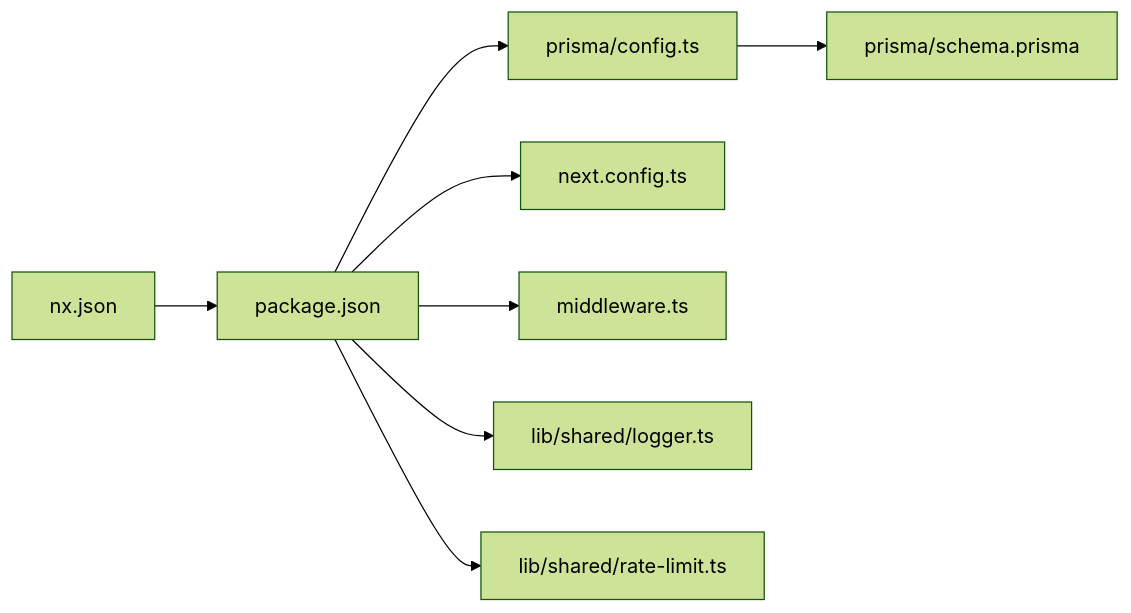
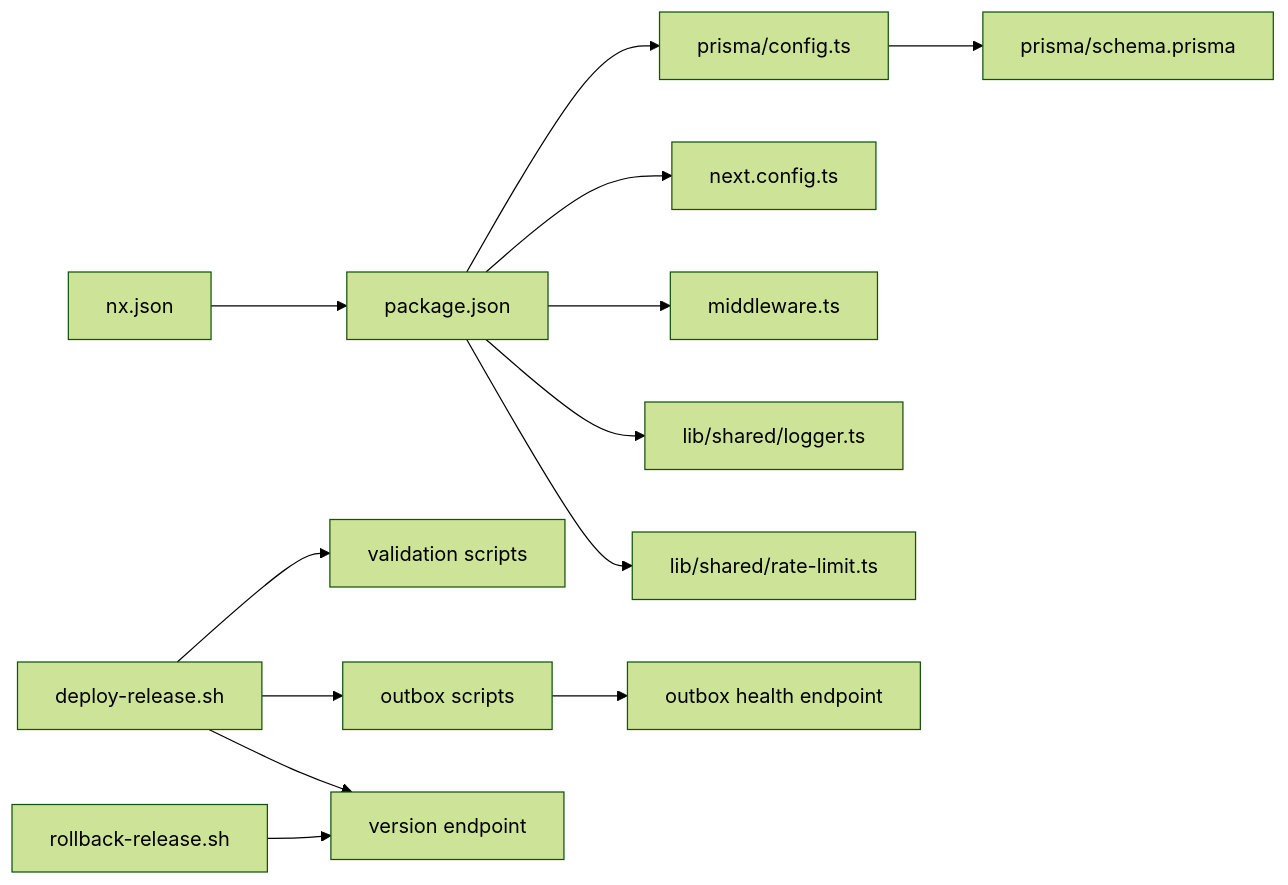
One commit to nzey11/erp-new changed the ninth of 9 diagrams in .qoder/repowiki/en/content/Deployment & Operations.md. Above: the diagram before and after it, drawn with Mermaid (forest theme). The commit also changed other lines of this file and 46 other files, not shown here.

````diff
--- a/.qoder/repowiki/en/content/Deployment & Operations.md
+++ b/.qoder/repowiki/en/content/Deployment & Operations.md
@@ -369,18 +534,29 @@
 ```mermaid
 graph LR
 PKG["package.json"]
 NX["nx.json"]
 PRISMA["prisma/config.ts"]
 SCHEMA["prisma/schema.prisma"]
 NEXTC["next.config.ts"]
 MW["middleware.ts"]
 LOG["lib/shared/logger.ts"]
 RL["lib/shared/rate-limit.ts"]
+DEPLOY["deploy-release.sh"]
+ROLLBACK["rollback-release.sh"]
+VALIDATION["validation scripts"]
+OUTBOX["outbox scripts"]
+VERSION["version endpoint"]
+OUTBOXHEALTH["outbox health endpoint"]
 PKG --> NEXTC
 PKG --> MW
 PKG --> LOG
 PKG --> RL
 PKG --> PRISMA
 PRISMA --> SCHEMA
 NX --> PKG
+DEPLOY --> VALIDATION
+DEPLOY --> OUTBOX
+DEPLOY --> VERSION
+ROLLBACK --> VERSION
+OUTBOX --> OUTBOXHEALTH
 ```
````
